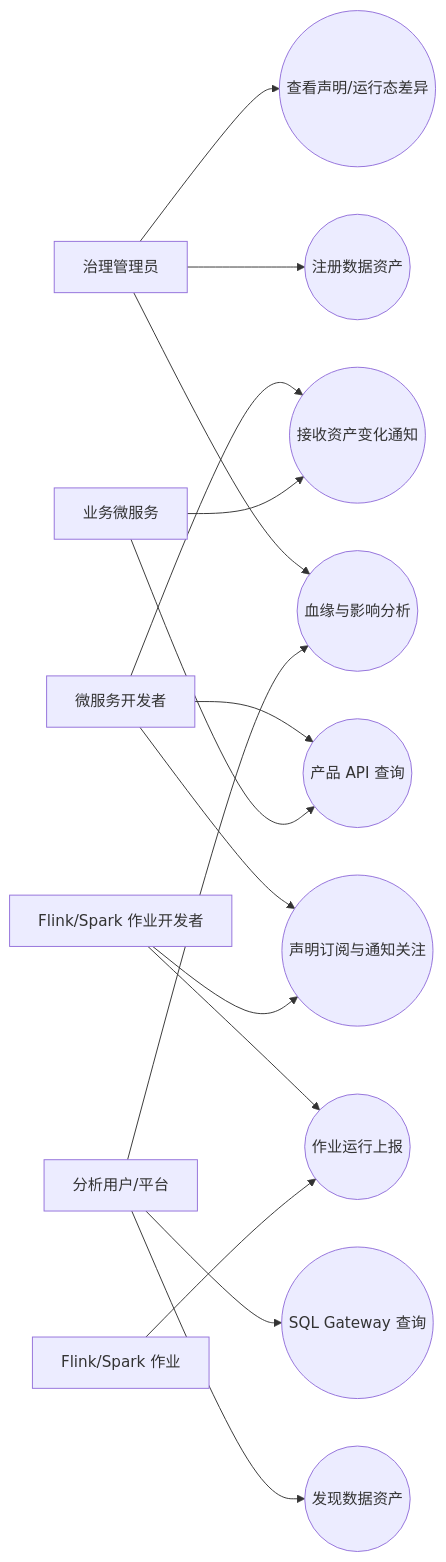
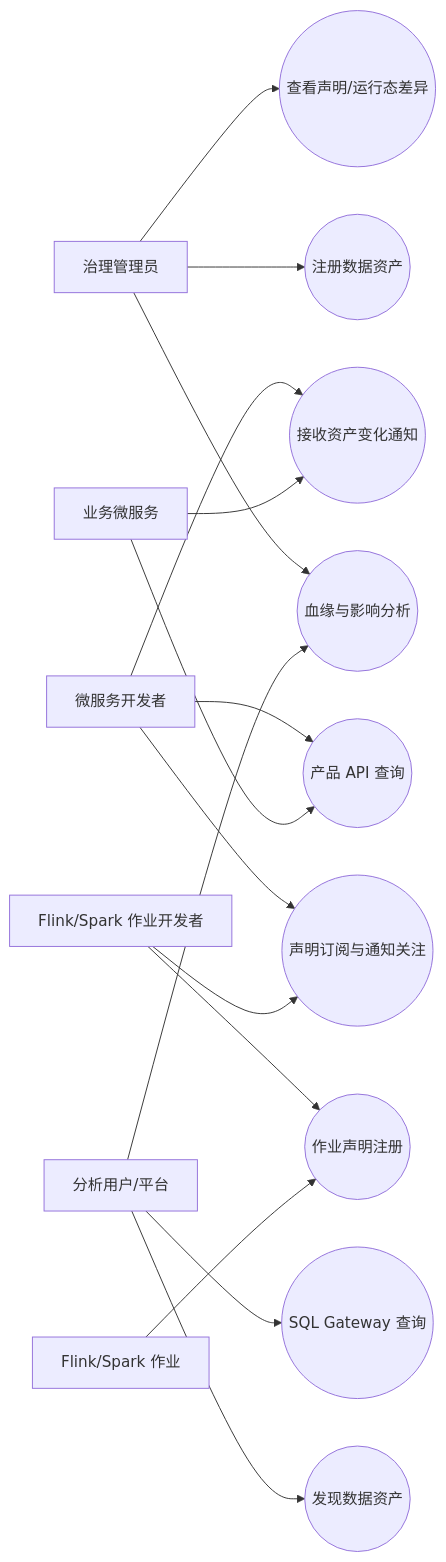
One commit to w00125533/data-gov changed the first of 10 diagrams in docs/superpowers/specs/2026-06-10-data-product-governance-design.md. Above: the diagram before and after it, drawn with Mermaid. The commit also changed other lines of this file, not shown here.

Commit message:
docs: revise sdk notification and job declaration design

````diff
--- a/docs/superpowers/specs/2026-06-10-data-product-governance-design.md
+++ b/docs/superpowers/specs/2026-06-10-data-product-governance-design.md
@@ -780,34 +764,34 @@
 ```mermaid
 flowchart LR
     Admin[治理管理员]
     Dev[微服务开发者]
     JobDev[Flink/Spark 作业开发者]
     Analyst[分析用户/平台]
     Service[业务微服务]
     Job[Flink/Spark 作业]
 
     AssetRegister((注册数据资产))
     AssetDiscover((发现数据资产))
     Subscribe((声明订阅与通知关注))
     ProductQuery((产品 API 查询))
     SqlQuery((SQL Gateway 查询))
-    JobReport((作业运行上报))
+    JobRegister((作业声明注册))
     LineageQuery((血缘与影响分析))
     EventNotify((接收资产变化通知))
     DriftReview((查看声明/运行态差异))
 
     Admin --> AssetRegister
     Admin --> LineageQuery
     Admin --> DriftReview
     Dev --> Subscribe
     Dev --> ProductQuery
     Dev --> EventNotify
     JobDev --> Subscribe
-    JobDev --> JobReport
+    JobDev --> JobRegister
     Analyst --> AssetDiscover
     Analyst --> SqlQuery
     Analyst --> LineageQuery
     Service --> ProductQuery
     Service --> EventNotify
-    Job --> JobReport
+    Job --> JobRegister
 ```
````
